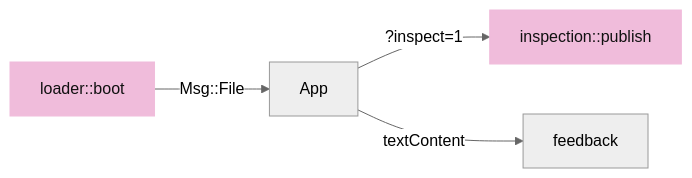
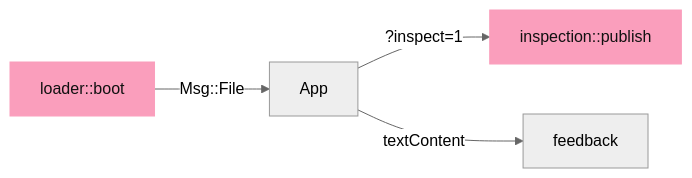
Diagram 11 of 19 in session_viewer/docs/12-picking.md (petrasvestartas/session), drawn with Mermaid (neutral theme) before and after one commit. The commit also changed other lines of this file and 328 other files, not shown here.

First line of the commit message:
Course: the palette you sent, and mermaid drawn like the drawings

````diff
--- a/session_viewer/docs/12-picking.md
+++ b/session_viewer/docs/12-picking.md
@@ -370,8 +370,8 @@
 ```mermaid
 flowchart LR
     L["loader::boot"] -- "Msg::File" --> A["App"]
     A -- "?inspect=1" --> I["inspection::publish"]
     A -- "textContent" --> F["feedback"]
-    style L fill:#f0bcdb,stroke:#f0bcdb,color:#111
-    style I fill:#f0bcdb,stroke:#f0bcdb,color:#111
+    style L fill:#fa9ebc,stroke:#fa9ebc,color:#111
+    style I fill:#fa9ebc,stroke:#fa9ebc,color:#111
 ```
````
